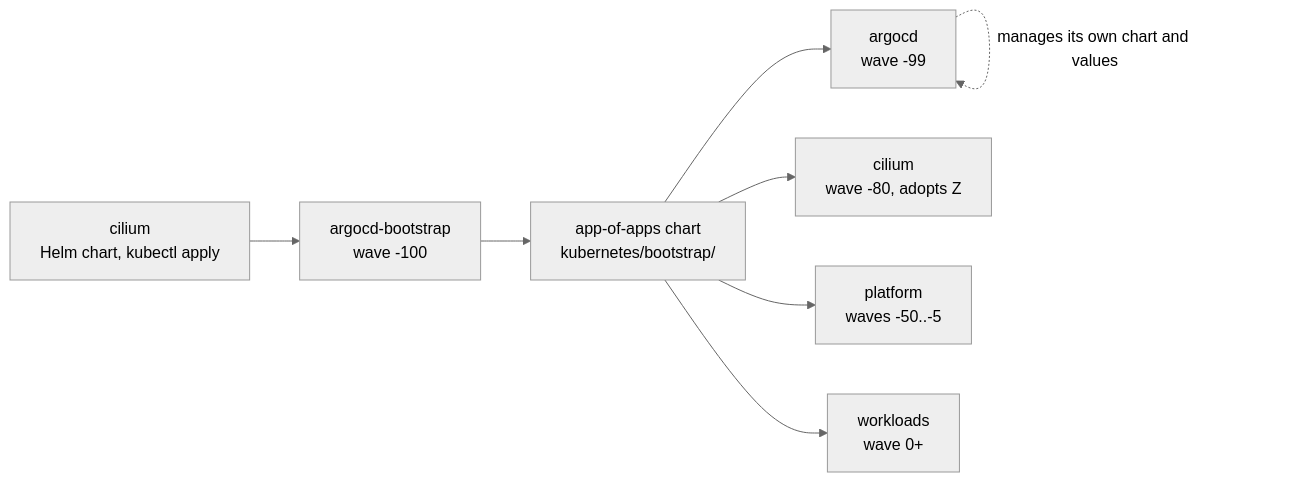
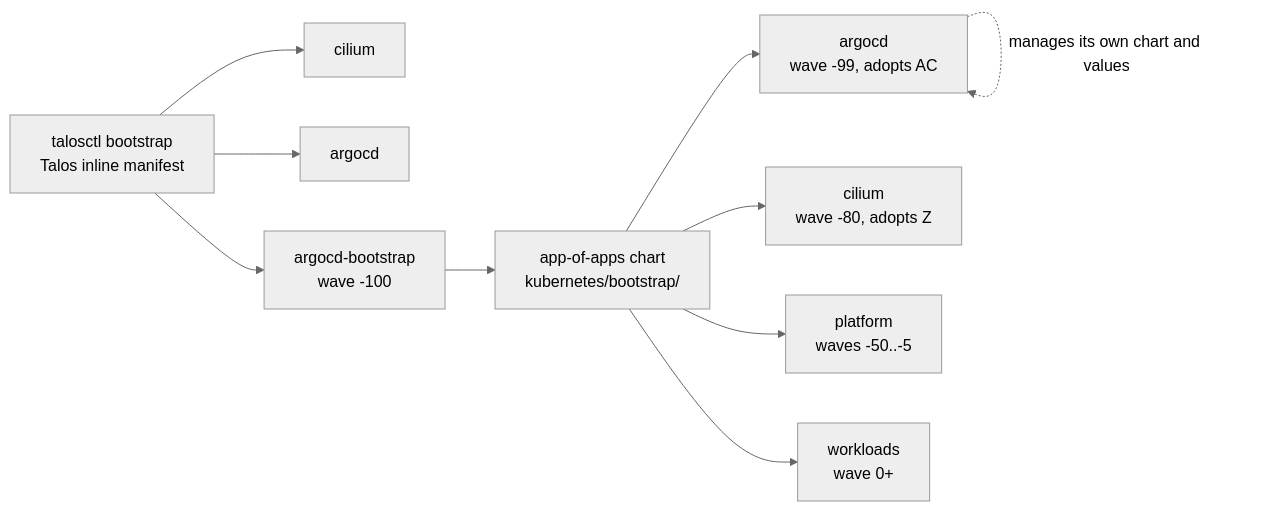
The first of 2 diagrams in docs/gitops.md (theadzik/homelab), drawn with Mermaid (neutral theme) before and after one commit. The commit also changed other lines of this file and 7 other files, not shown here.

First line of the commit message:
docs: describe the automatic Cilium/ArgoCD bootstrap

````diff
--- a/docs/gitops.md
+++ b/docs/gitops.md
@@ -12,10 +13,12 @@
 ```mermaid
 flowchart LR
-    Z["cilium<br/>Helm chart, kubectl apply"] --> A["argocd-bootstrap<br/>wave -100"]
+    T["talosctl bootstrap<br/>Talos inline manifest"] --> Z["cilium"]
+    T --> AC["argocd"]
+    T --> A["argocd-bootstrap<br/>wave -100"]
     A --> B["app-of-apps chart<br/>kubernetes/bootstrap/"]
-    B --> C["argocd<br/>wave -99"]
+    B --> C["argocd<br/>wave -99, adopts AC"]
     B --> Z2["cilium<br/>wave -80, adopts Z"]
     B --> D["platform<br/>waves -50..-5"]
     B --> E["workloads<br/>wave 0+"]
     C -.->|manages its own chart and values| C
 ```
````
